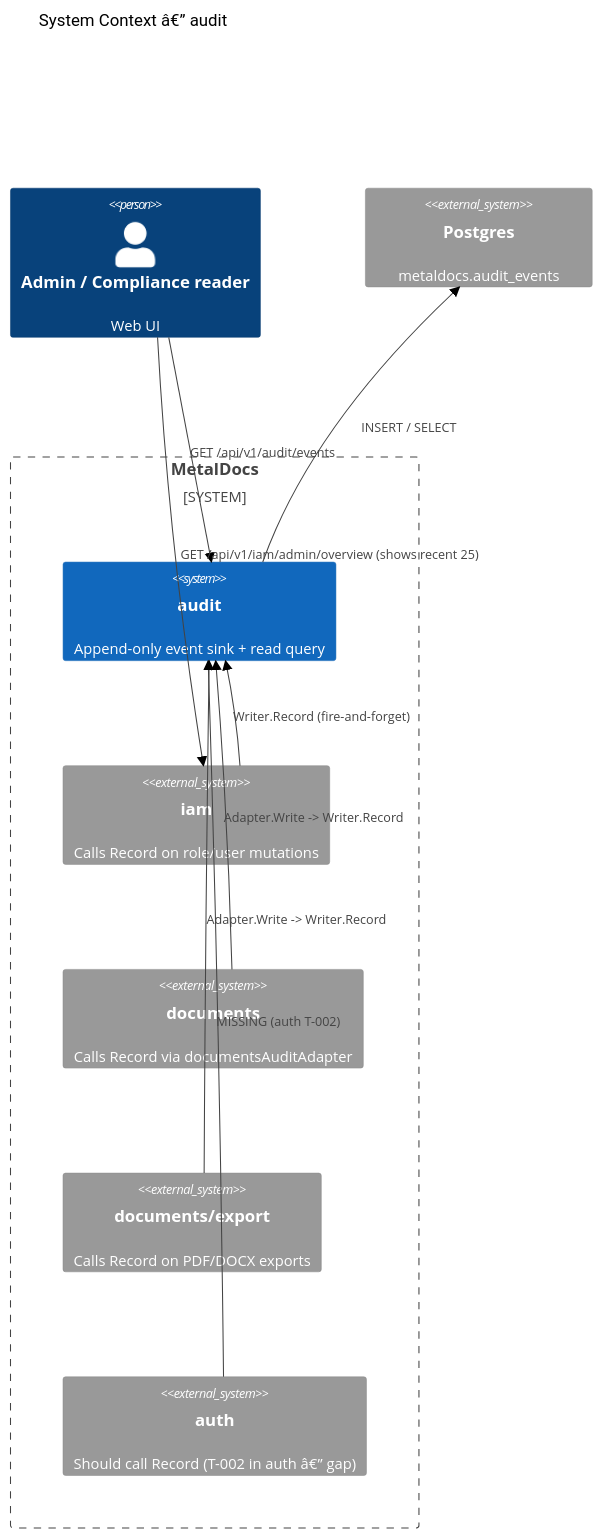
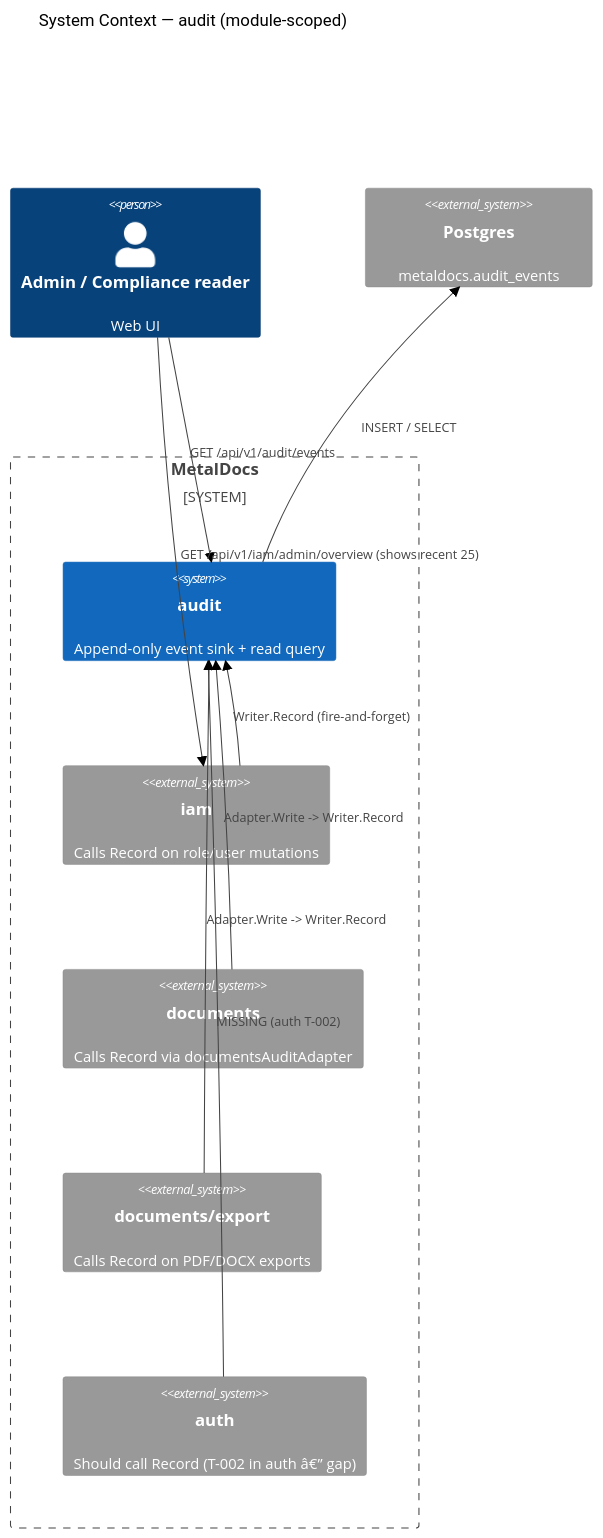
Before and after one commit to developmentconexus-ops/MetalDocs: the first of 5 diagrams in wiki/modules/audit.md, drawn with Mermaid (forest theme). The commit also changed other lines of this file and 167 other files, not shown here.

````diff
--- a/wiki/modules/audit.md
+++ b/wiki/modules/audit.md
@@ -62,20 +64,20 @@
 ```mermaid
 C4Context
-    title System Context â€” audit
+    title System Context — audit (module-scoped)
     Person(admin, "Admin / Compliance reader", "Web UI")
     System_Boundary(b1, "MetalDocs") {
         System(audit, "audit", "Append-only event sink + read query")
         System_Ext(iam, "iam", "Calls Record on role/user mutations")
         System_Ext(documents, "documents", "Calls Record via documentsAuditAdapter")
         System_Ext(export, "documents/export", "Calls Record on PDF/DOCX exports")
         System_Ext(auth, "auth", "Should call Record (T-002 in auth â€” gap)")
     }
     System_Ext(pg, "Postgres", "metaldocs.audit_events")
     Rel(admin, audit, "GET /api/v1/audit/events")
     Rel(admin, iam, "GET /api/v1/iam/admin/overview (shows recent 25)")
     Rel(iam, audit, "Writer.Record (fire-and-forget)")
     Rel(documents, audit, "Adapter.Write -> Writer.Record")
     Rel(export, audit, "Adapter.Write -> Writer.Record")
     Rel(auth, audit, "MISSING (auth T-002)")
     Rel(audit, pg, "INSERT / SELECT")
 ```
````
